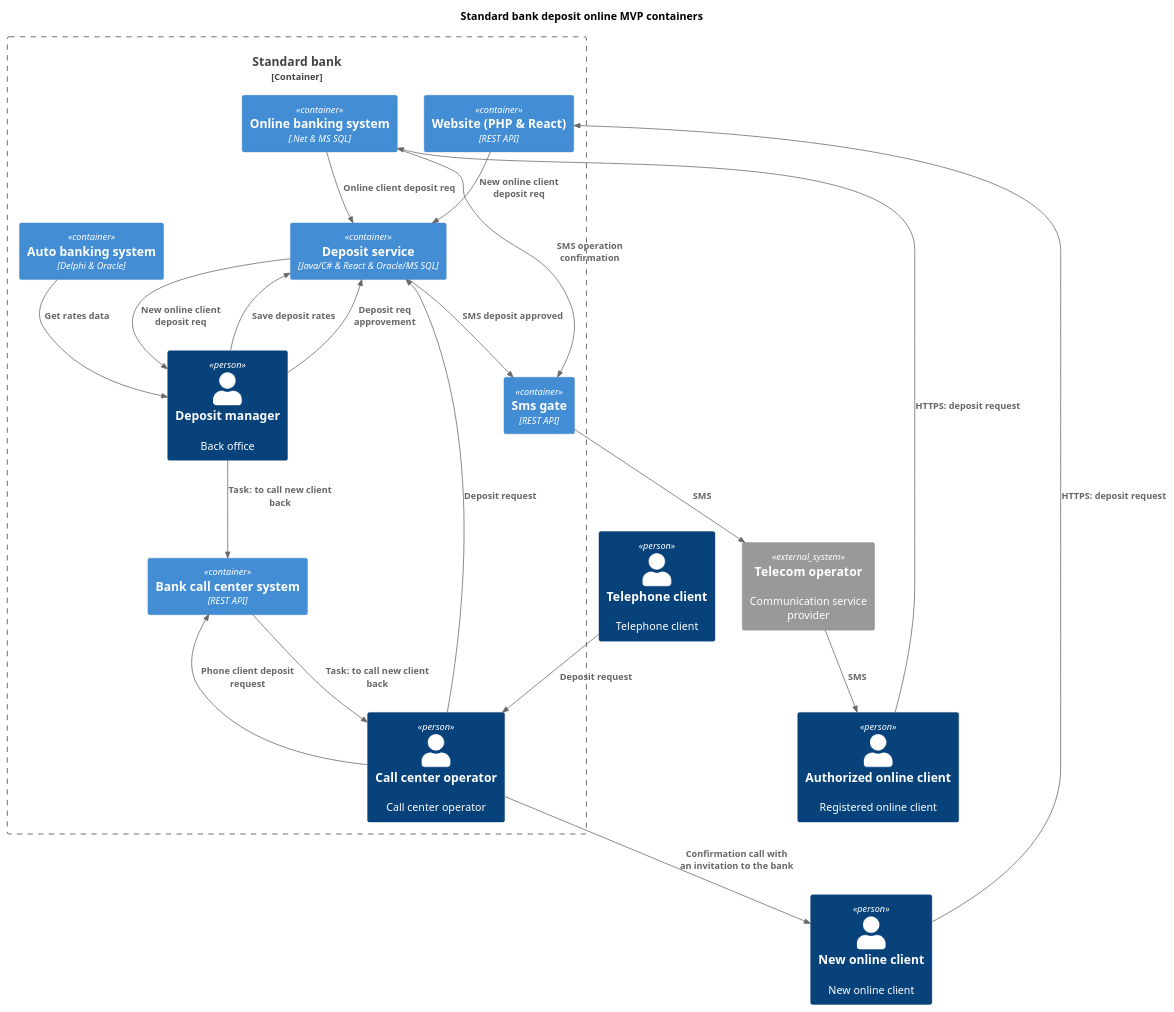
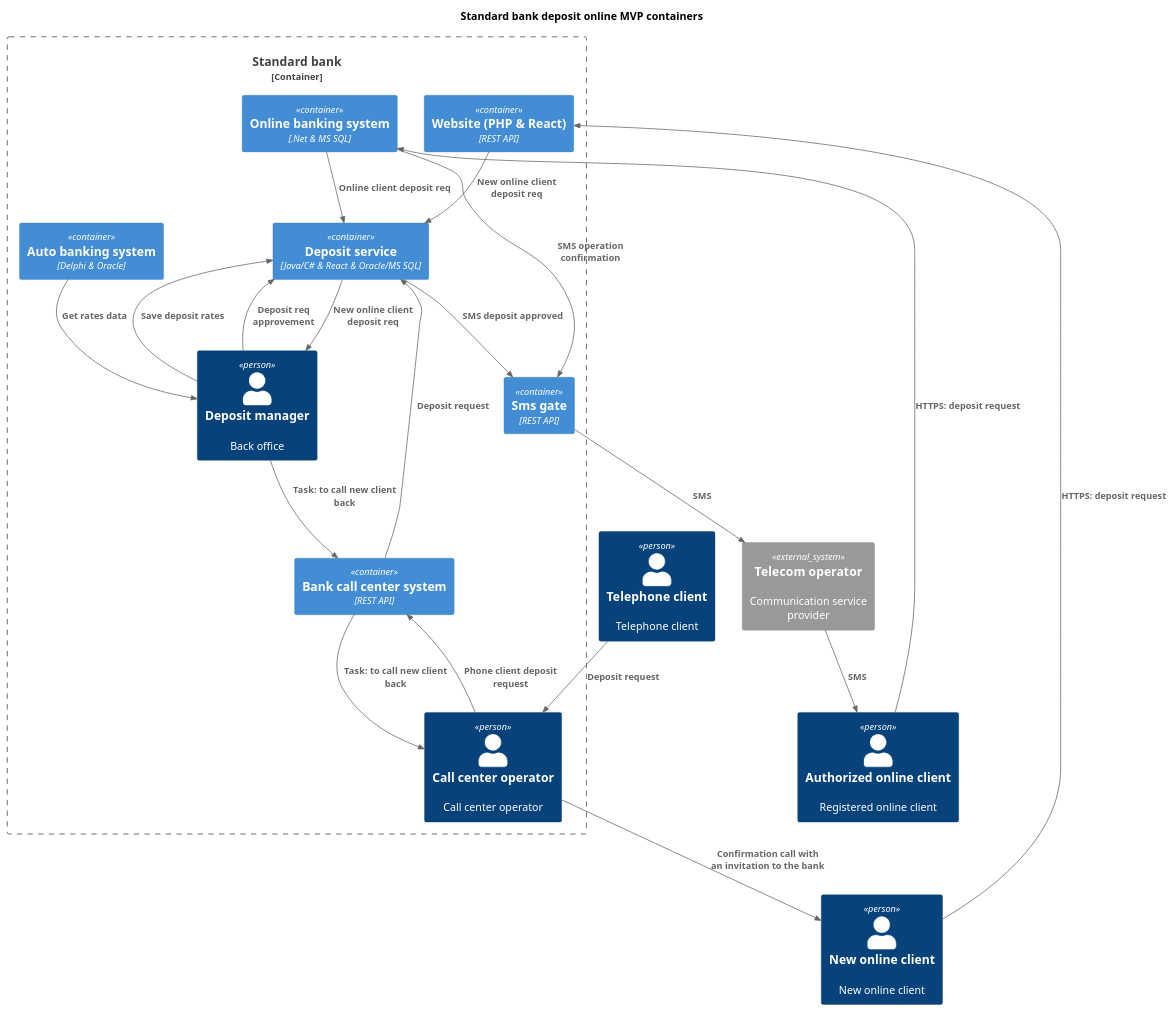
Before and after one commit to turistigor/yap-arch-task3-bank: the diagram in task3_mvp_adrs/deposit_online_mvp_c4_containers.puml, drawn with PlantUML. The commit also changed 12 other files, not shown here.

Commit message:
task4: deposit rates to call centers

```diff
--- a/task3_mvp_adrs/deposit_online_mvp_c4_containers.puml
+++ b/task3_mvp_adrs/deposit_online_mvp_c4_containers.puml
@@ -1,56 +1,56 @@
 @startuml deposit_online_mvp_containers
 
 ' Initial settings:
 
 title Standard bank deposit online MVP containers
 
 top to bottom direction
 
 !include ../lib/C4_Container.puml
 
 
 ' Actors & components:
 
 Person(new_online_client, "New online client", "New online client")
 Person(online_client, "Authorized online client", "Registered online client")
 Person(phone_client, "Telephone client", "Telephone client")
 
 Container_Boundary(bank, "Standard bank") {
     Container(site, "Website (PHP & React)", "REST API")
     Container(on_bank, "Online banking system", ".Net & MS SQL")
     Container(call_center, "Bank call center system", "REST API")
     Container(dep_serv, "Deposit service", "Java/C# & React & Oracle/MS SQL")
     Container(abs, "Auto banking system", "Delphi & Oracle")
     Container(sms_gate, "Sms gate", "REST API")
 
     Person(dep_mngr, "Deposit manager", "Back office")
     Person(call_center_op, "Call center operator", "Call center operator")
 }
 
 System_Ext(tele_operator, "Telecom operator", "Communication service provider")
 
 
 ' Relations:
 Rel(new_online_client, site, "HTTPS: deposit request")
 Rel(site, dep_serv, "New online client deposit req")
 Rel(dep_serv, dep_mngr, "New online client deposit req")
 Rel(dep_mngr, dep_serv, "Save deposit rates")
 Rel(dep_mngr, call_center, "Task: to call new client back")
 Rel(abs, dep_mngr, "Get rates data")
 Rel(call_center, call_center_op, "Task: to call new client back")
 Rel(call_center_op, new_online_client, "Confirmation call with an invitation to the bank")
 
 Rel(online_client, on_bank, "HTTPS: deposit request")
 Rel(on_bank, dep_serv, "Online client deposit req")
 Rel(on_bank, sms_gate, "SMS operation confirmation")
 Rel(dep_mngr, dep_serv, "Deposit req approvement")
 Rel(dep_serv, sms_gate, "SMS deposit approved")
 
 Rel(sms_gate, tele_operator, "SMS")
 Rel(tele_operator, online_client, "SMS")
 
 Rel(phone_client, call_center_op, "Deposit request")
 Rel(call_center_op, call_center, "Phone client deposit request")
-Rel(call_center_op, dep_serv, "Deposit request")
+Rel(call_center, dep_serv, "Deposit request")
 
 @enduml
```
